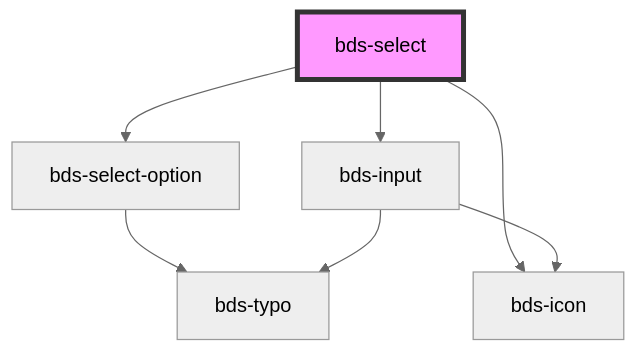
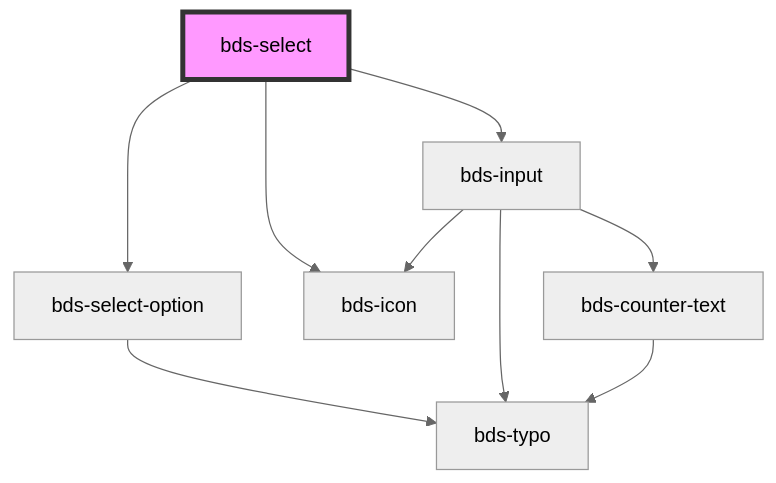
One commit to takenet/blip-ds changed the diagram in src/components/select/readme.md. Above: the diagram before and after it, drawn with Mermaid (neutral theme). The commit also changed 11 other files, not shown here.

First line of the commit message:
feat(components): add input counter

````diff
--- a/src/components/select/readme.md
+++ b/src/components/select/readme.md
@@ -38,10 +38,12 @@
 ```mermaid
 graph TD;
   bds-select --> bds-select-option
   bds-select --> bds-input
   bds-select --> bds-icon
   bds-select-option --> bds-typo
   bds-input --> bds-icon
   bds-input --> bds-typo
+  bds-input --> bds-counter-text
+  bds-counter-text --> bds-typo
   style bds-select fill:#f9f,stroke:#333,stroke-width:4px
 ```
````
